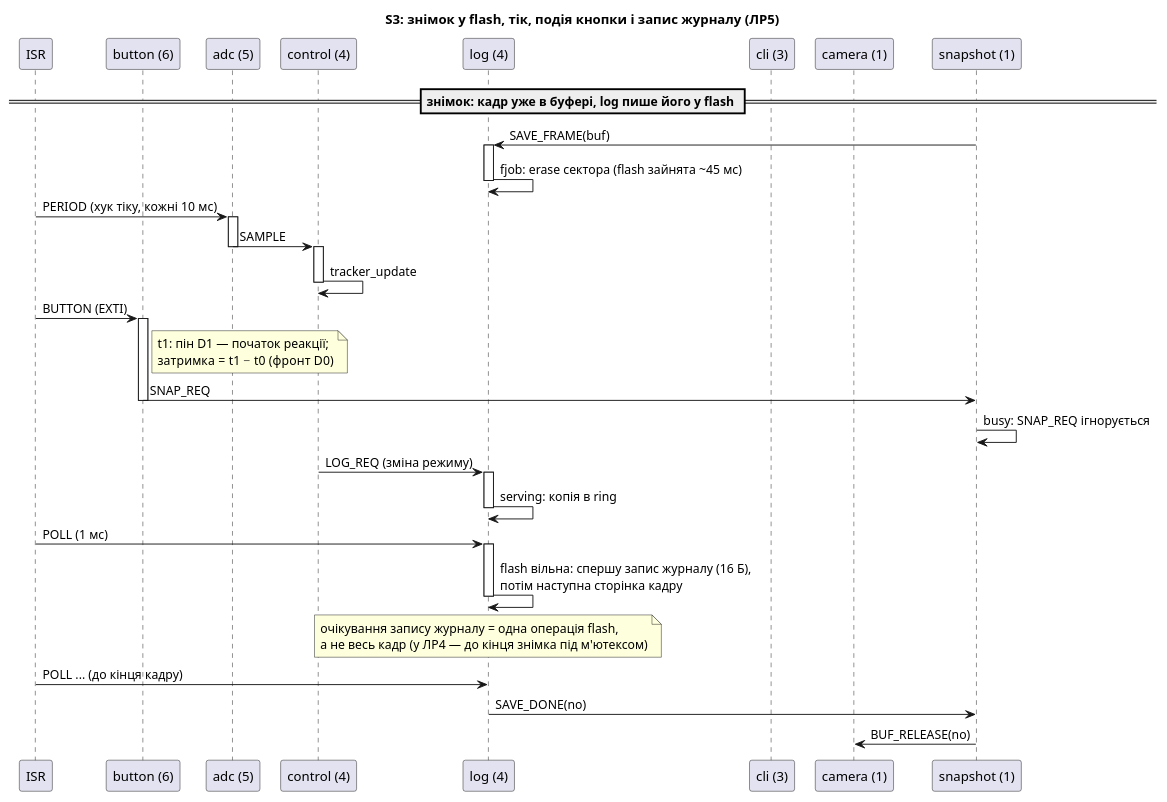
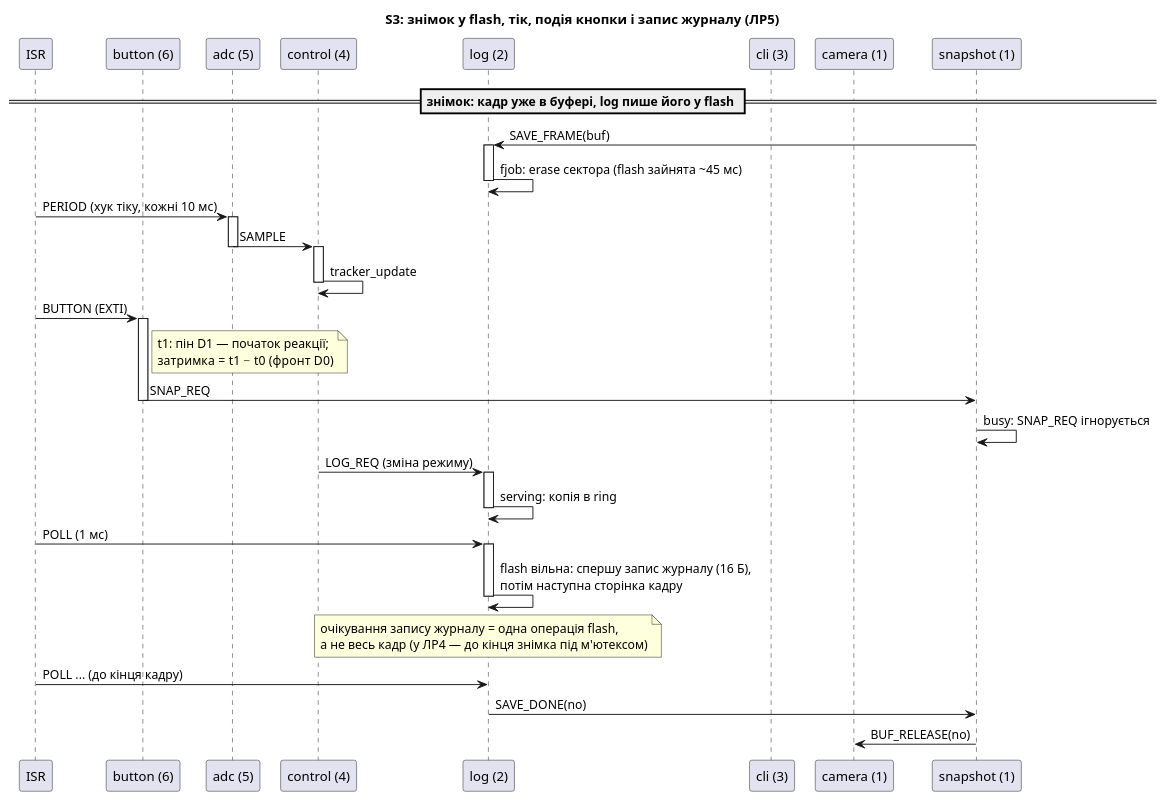
One commit to Ripper-del/heliostat-sky-cam changed the diagram in docs/statecharts/seq_s3.puml. Above: the diagram before and after it, drawn with PlantUML. The commit also changed 4 other files, not shown here.

Commit message:
LR5 design: flash owner priority measured both ways, diagrams updated

```diff
--- a/docs/statecharts/seq_s3.puml
+++ b/docs/statecharts/seq_s3.puml
@@ -1,42 +1,42 @@
 @startuml seq_s3
 title S3: знімок у flash, тік, подія кнопки і запис журналу (ЛР5)
 skinparam ParticipantPadding 6
 participant "ISR" as isr
 participant "button (6)" as button
 participant "adc (5)" as adc
 participant "control (4)" as control
-participant "log (4)" as log
+participant "log (2)" as log
 participant "cli (3)" as cli
 participant "camera (1)" as camera
 participant "snapshot (1)" as snapshot
 == знімок: кадр уже в буфері, log пише його у flash ==
 snapshot -> log : SAVE_FRAME(buf)
 activate log
 log -> log : fjob: erase сектора (flash зайнята ~45 мс)
 deactivate log
 isr -> adc : PERIOD (хук тіку, кожні 10 мс)
 activate adc
 adc -> control : SAMPLE
 deactivate adc
 activate control
 control -> control : tracker_update
 deactivate control
 isr -> button : BUTTON (EXTI)
 activate button
 note right of button : t1: пін D1 — початок реакції;\nзатримка = t1 − t0 (фронт D0)
 button -> snapshot : SNAP_REQ
 deactivate button
 snapshot -> snapshot : busy: SNAP_REQ ігнорується
 control -> log : LOG_REQ (зміна режиму)
 activate log
 log -> log : serving: копія в ring
 deactivate log
 isr -> log : POLL (1 мс)
 activate log
 log -> log : flash вільна: спершу запис журналу (16 Б),\nпотім наступна сторінка кадру
 deactivate log
 note over log : очікування запису журналу = одна операція flash,\nа не весь кадр (у ЛР4 — до кінця знімка під м'ютексом)
 isr -> log : POLL ... (до кінця кадру)
 log -> snapshot : SAVE_DONE(no)
 snapshot -> camera : BUF_RELEASE(no)
 @enduml
```
